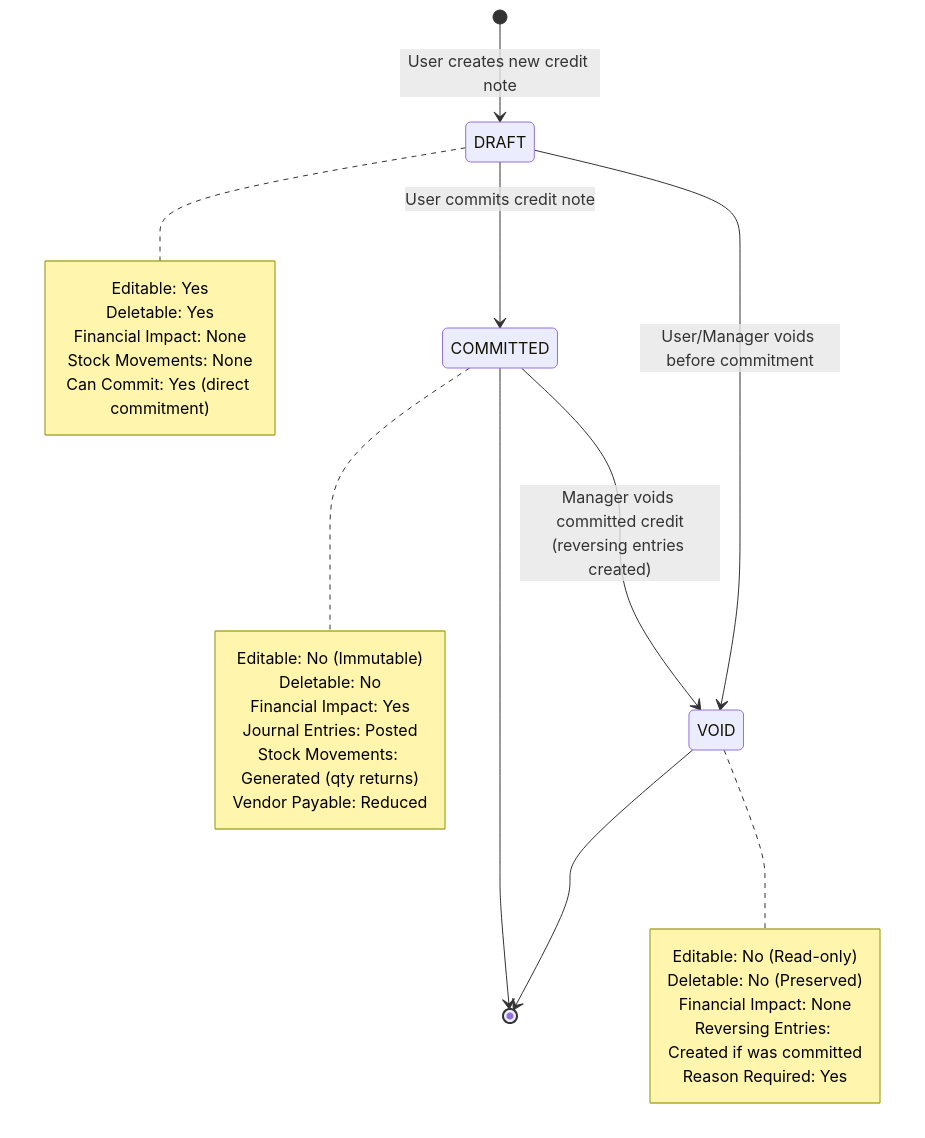
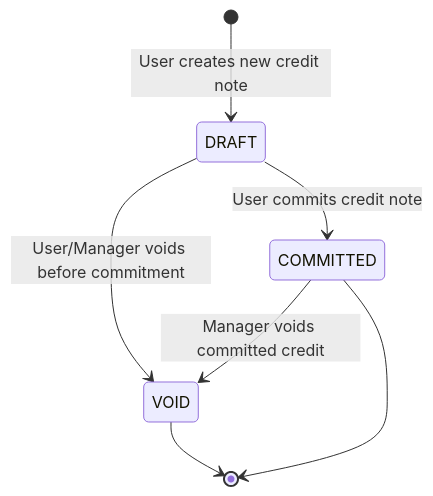
One commit to CarmenSoftware-organization/carmen changed the third of 11 diagrams in docs/app/procurement/credit-note/FD-credit-note.md. Above: the diagram before and after it, drawn with Mermaid. The commit also changed other lines of this file and 23 other files, not shown here.

````diff
--- a/docs/app/procurement/credit-note/FD-credit-note.md
+++ b/docs/app/procurement/credit-note/FD-credit-note.md
@@ -267,37 +277,12 @@
 ```mermaid
 stateDiagram-v2
     [*] --> DRAFT: User creates new credit note
 
     DRAFT --> COMMITTED: User commits credit note
     DRAFT --> VOID: User/Manager voids before commitment
 
-    COMMITTED --> VOID: Manager voids committed credit<br/>(reversing entries created)
+    COMMITTED --> VOID: Manager voids committed credit
 
     VOID --> [*]
     COMMITTED --> [*]
-
-    note right of DRAFT
-        Editable: Yes
-        Deletable: Yes
-        Financial Impact: None
-        Stock Movements: None
-        Can Commit: Yes (direct commitment)
-    end note
-
-    note right of COMMITTED
-        Editable: No (Immutable)
-        Deletable: No
-        Financial Impact: Yes
-        Journal Entries: Posted
-        Stock Movements: Generated (qty returns)
-        Vendor Payable: Reduced
-    end note
-
-    note right of VOID
-        Editable: No (Read-only)
-        Deletable: No (Preserved)
-        Financial Impact: None
-        Reversing Entries: Created if was committed
-        Reason Required: Yes
-    end note
 ```
````
